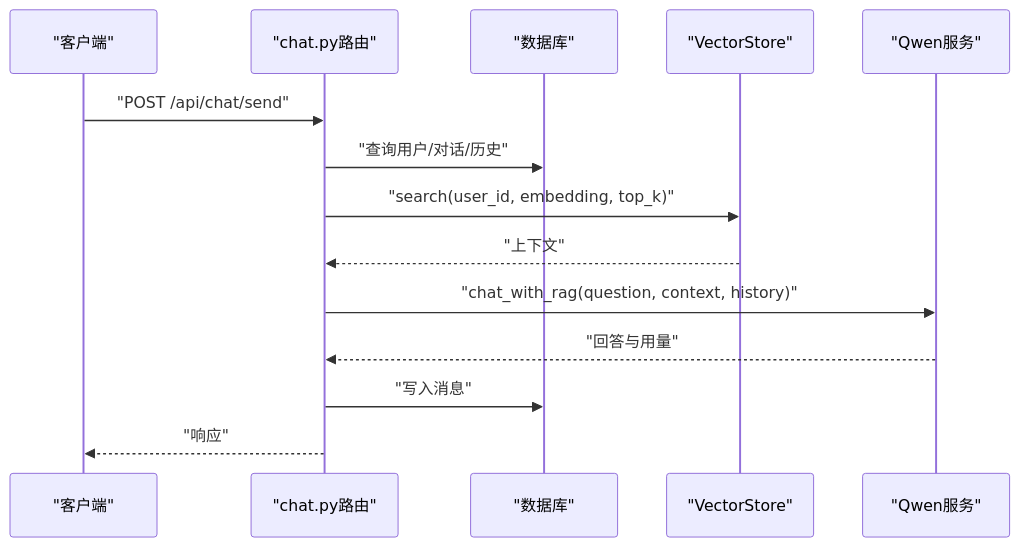
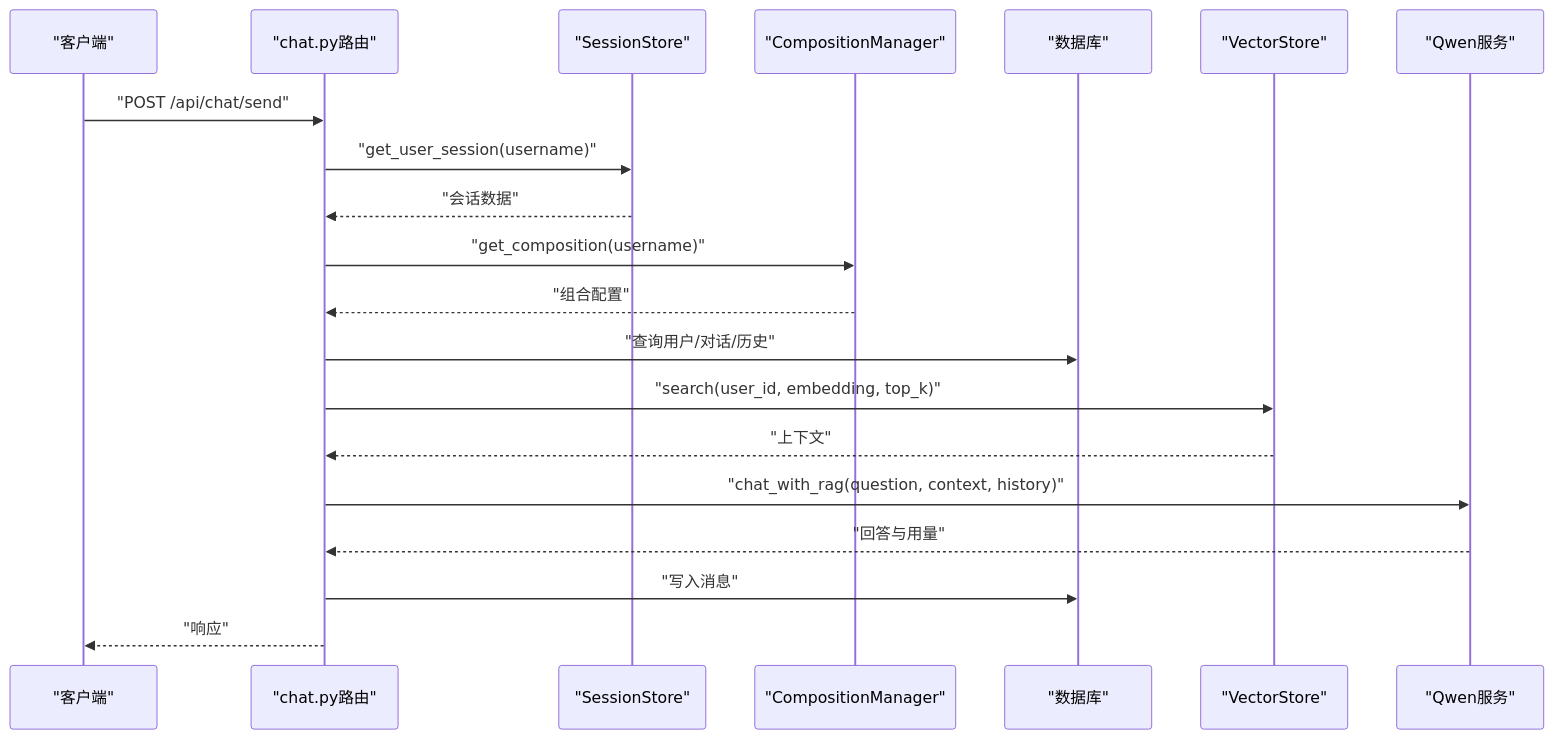
Diagram 11 of 13 in .qoder/repowiki/zh/content/开发指南/扩展点与插件/扩展点与插件.md (ghbbn053-ship-itsoulddog/soulddog), drawn with Mermaid before and after one commit. The commit also changed other lines of this file and 119 other files, not shown here.

````diff
--- a/.qoder/repowiki/zh/content/开发指南/扩展点与插件/扩展点与插件.md
+++ b/.qoder/repowiki/zh/content/开发指南/扩展点与插件/扩展点与插件.md
@@ -259,16 +589,22 @@
 ```mermaid
 sequenceDiagram
 participant Client as "客户端"
 participant Router as "chat.py路由"
+participant SS as "SessionStore"
+participant CM as "CompositionManager"
 participant DB as "数据库"
 participant VS as "VectorStore"
 participant QW as "Qwen服务"
 Client->>Router : "POST /api/chat/send"
+Router->>SS : "get_user_session(username)"
+SS-->>Router : "会话数据"
+Router->>CM : "get_composition(username)"
+CM-->>Router : "组合配置"
 Router->>DB : "查询用户/对话/历史"
 Router->>VS : "search(user_id, embedding, top_k)"
 VS-->>Router : "上下文"
 Router->>QW : "chat_with_rag(question, context, history)"
 QW-->>Router : "回答与用量"
 Router->>DB : "写入消息"
 Router-->>Client : "响应"
 ```
````
